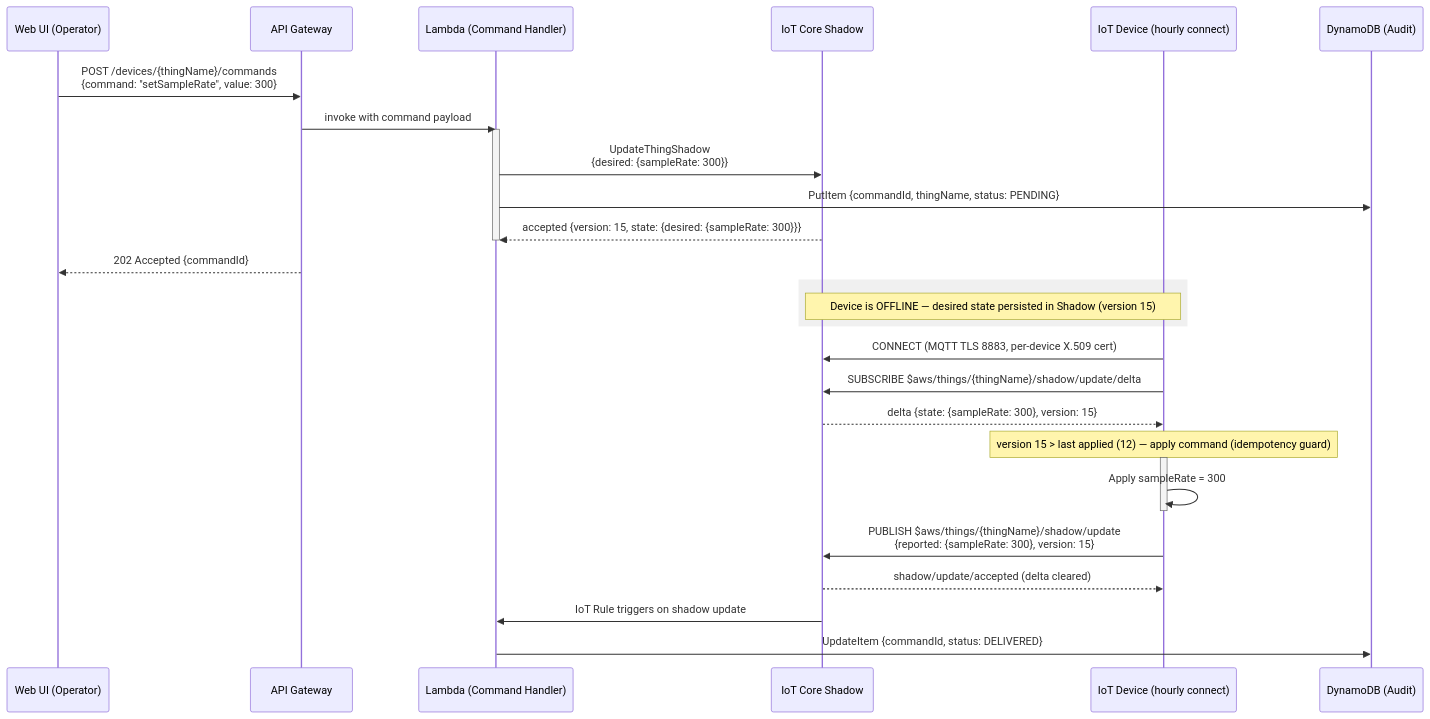
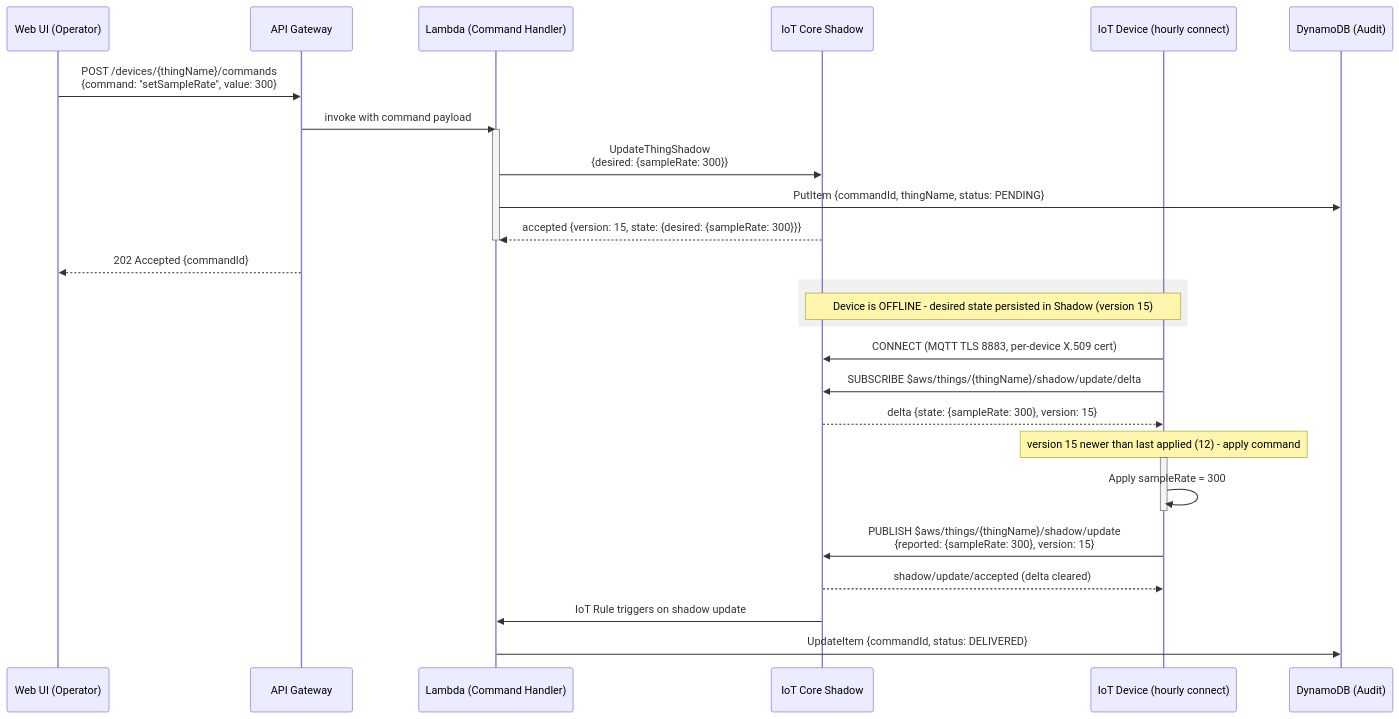
The first of 2 diagrams in docs/architecture/03-device-management.md (aldorea/ikerland-data), drawn with Mermaid before and after one commit. The commit also changed other lines of this file and 9 other files, not shown here.

First line of the commit message:
fix(docs): fix Mermaid rendering issues across all architecture diagrams

````diff
--- a/docs/architecture/03-device-management.md
+++ b/docs/architecture/03-device-management.md
@@ -27,37 +27,37 @@
 ```mermaid
 sequenceDiagram
     participant WebUI as Web UI (Operator)
     participant APIGW as API Gateway
     participant LambdaCmd as Lambda (Command Handler)
     participant Shadow as IoT Core Shadow
     participant Dev as IoT Device (hourly connect)
     participant Audit as DynamoDB (Audit)
 
     WebUI->>APIGW: POST /devices/{thingName}/commands<br/>{command: "setSampleRate", value: 300}
     APIGW->>LambdaCmd: invoke with command payload
     activate LambdaCmd
     LambdaCmd->>Shadow: UpdateThingShadow<br/>{desired: {sampleRate: 300}}
     LambdaCmd->>Audit: PutItem {commandId, thingName, status: PENDING}
     Shadow-->>LambdaCmd: accepted {version: 15, state: {desired: {sampleRate: 300}}}
     deactivate LambdaCmd
     APIGW-->>WebUI: 202 Accepted {commandId}
 
     rect rgb(240, 240, 240)
-        Note over Shadow,Dev: Device is OFFLINE — desired state persisted in Shadow (version 15)
+        Note over Shadow,Dev: Device is OFFLINE - desired state persisted in Shadow (version 15)
     end
 
     Dev->>Shadow: CONNECT (MQTT TLS 8883, per-device X.509 cert)
     Dev->>Shadow: SUBSCRIBE $aws/things/{thingName}/shadow/update/delta
     Shadow-->>Dev: delta {state: {sampleRate: 300}, version: 15}
 
-    Note over Dev: version 15 > last applied (12) — apply command (idempotency guard)
+    Note over Dev: version 15 newer than last applied (12) - apply command
 
     activate Dev
     Dev->>Dev: Apply sampleRate = 300
     deactivate Dev
 
     Dev->>Shadow: PUBLISH $aws/things/{thingName}/shadow/update<br/>{reported: {sampleRate: 300}, version: 15}
     Shadow-->>Dev: shadow/update/accepted (delta cleared)
     Shadow->>LambdaCmd: IoT Rule triggers on shadow update
     LambdaCmd->>Audit: UpdateItem {commandId, status: DELIVERED}
 ```
````
